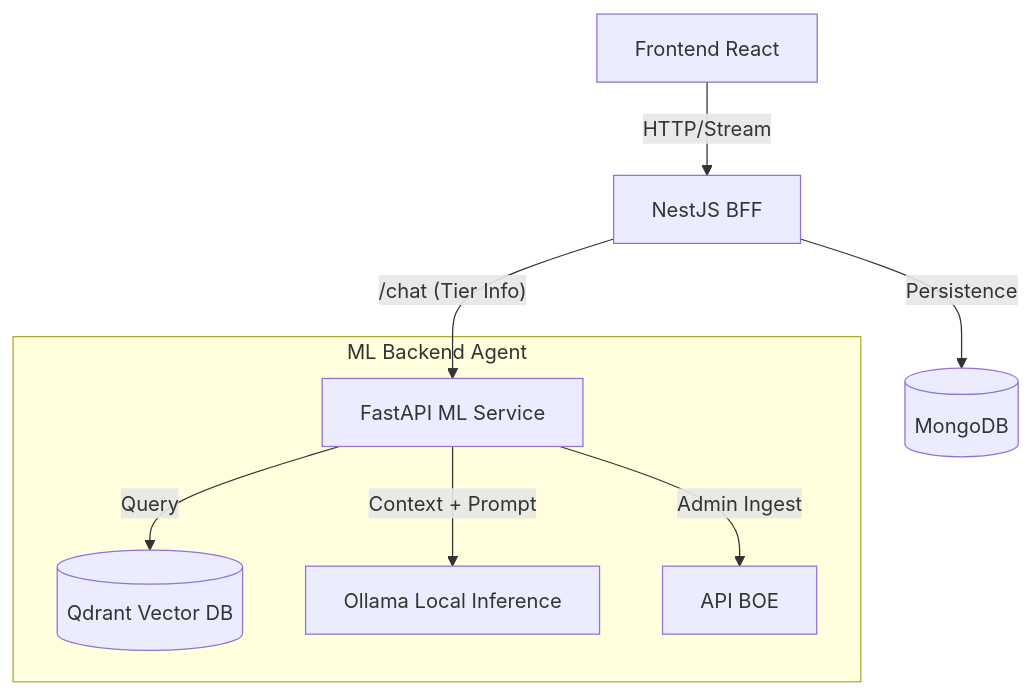
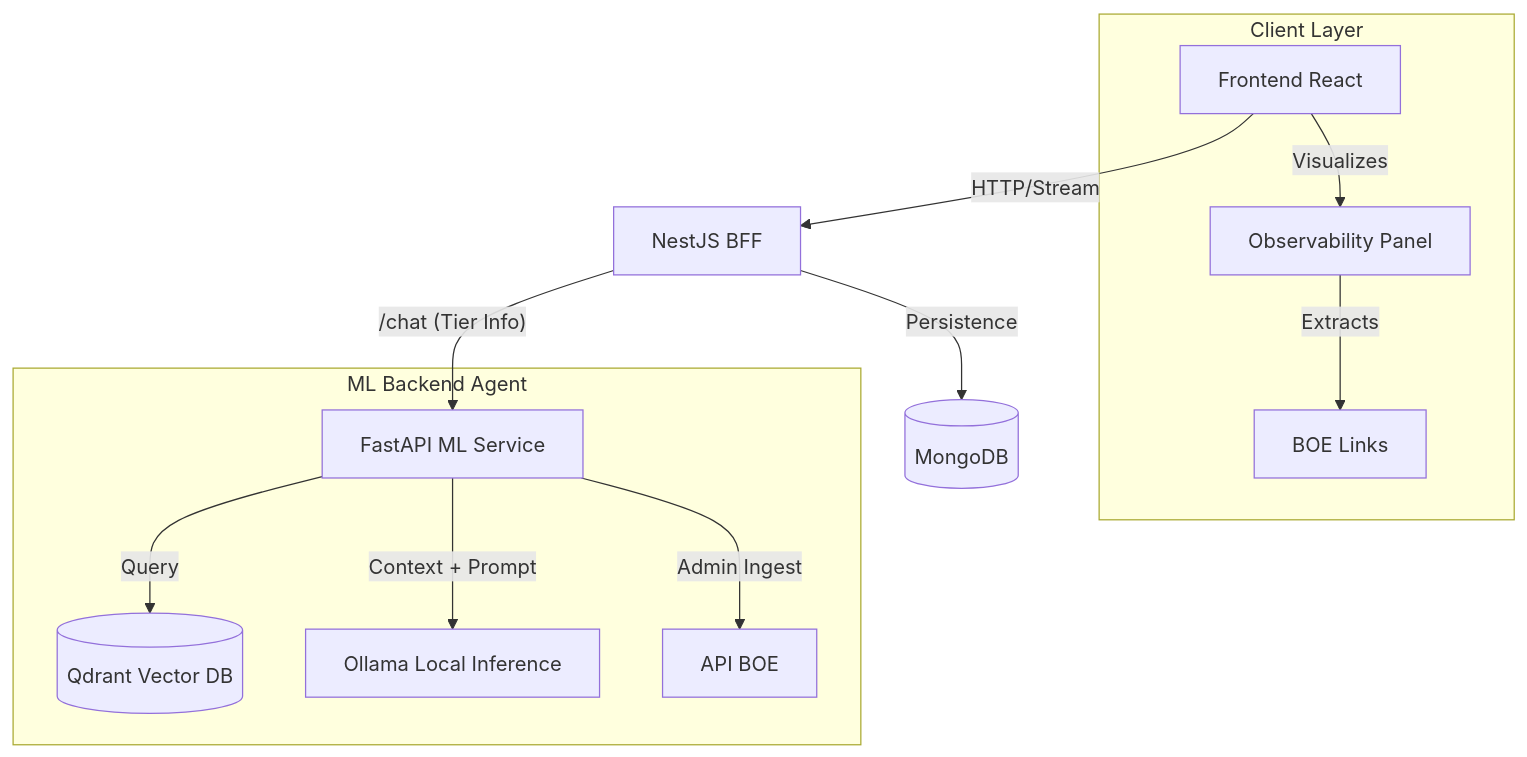
The diagram in README.md (Carlos2MorenoM/justiniano), drawn with Mermaid before and after one commit. The commit also changed other lines of this file, not shown here.

````diff
--- a/README.md
+++ b/README.md
@@ -35,13 +53,17 @@
 ```mermaid
 graph TD
     Client[Frontend React] -->|HTTP/Stream| BFF[NestJS BFF]
     BFF -->|Persistence| Mongo[(MongoDB)]
     BFF -->|"/chat (Tier Info)"| ML[FastAPI ML Service]
     
+    subgraph "Client Layer"
+        Client -->|Visualizes| Metrics[Observability Panel]
+        Metrics -->|Extracts| Sources[BOE Links]
+    end
+
     subgraph "ML Backend Agent"
         ML -->|Query| Qdrant[(Qdrant Vector DB)]
         ML -->|Context + Prompt| Ollama[Ollama Local Inference]
         ML -->|Admin Ingest| BOE[API BOE]
     end
-
 ```
````
